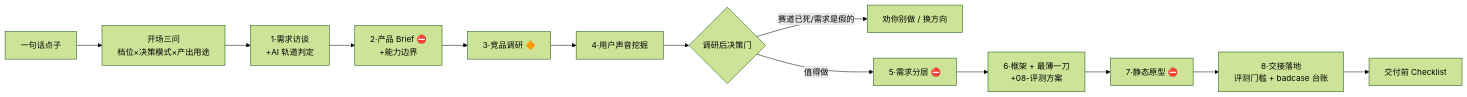
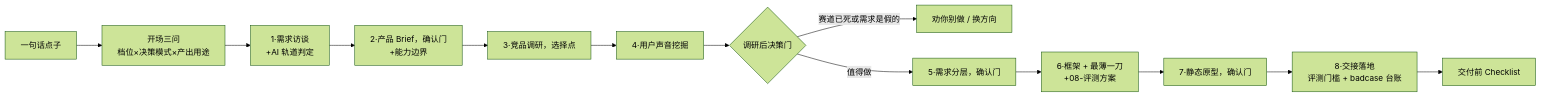
One commit to 3091485956-png/Vibe_helper changed the diagram in README.md. Above: the diagram before and after it, drawn with Mermaid (forest theme). The commit also changed other lines of this file and 45 other files, not shown here.

````diff
--- a/README.md
+++ b/README.md
@@ -94,15 +98,15 @@
 ```mermaid
 flowchart LR
     A[一句话点子] --> Q[开场三问<br/>档位×决策模式×产出用途]
     Q --> S1[1·需求访谈<br/>+AI 轨道判定]
-    S1 --> S2[2·产品 Brief ⛔<br/>+能力边界]
-    S2 --> S3[3·竞品调研 🔶]
+    S1 --> S2[2·产品 Brief，确认门<br/>+能力边界]
+    S2 --> S3[3·竞品调研，选择点]
     S3 --> S4[4·用户声音挖掘]
     S4 --> G{调研后决策门}
-    G -- 赛道已死/需求是假的 --> X[劝你别做 / 换方向]
-    G -- 值得做 --> S5[5·需求分层 ⛔]
+    G -- 赛道已死或需求是假的 --> X[劝你别做 / 换方向]
+    G -- 值得做 --> S5[5·需求分层，确认门]
     S5 --> S6[6·框架 + 最薄一刀<br/>+08-评测方案]
-    S6 --> S7[7·静态原型 ⛔]
+    S6 --> S7[7·静态原型，确认门]
     S7 --> S8[8·交接落地<br/>评测门槛 + badcase 台账]
     S8 --> D[交付前 Checklist]
 ```
````
